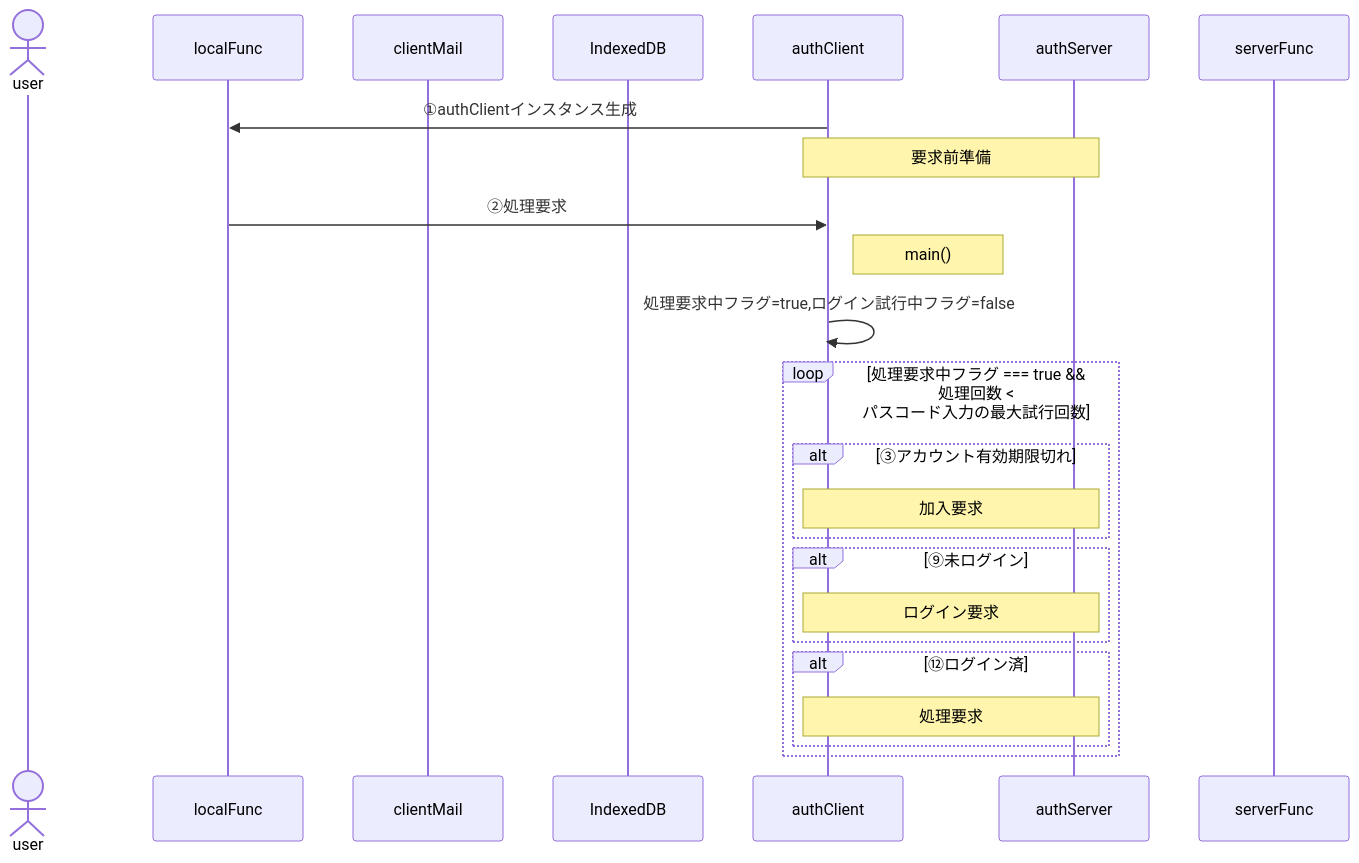
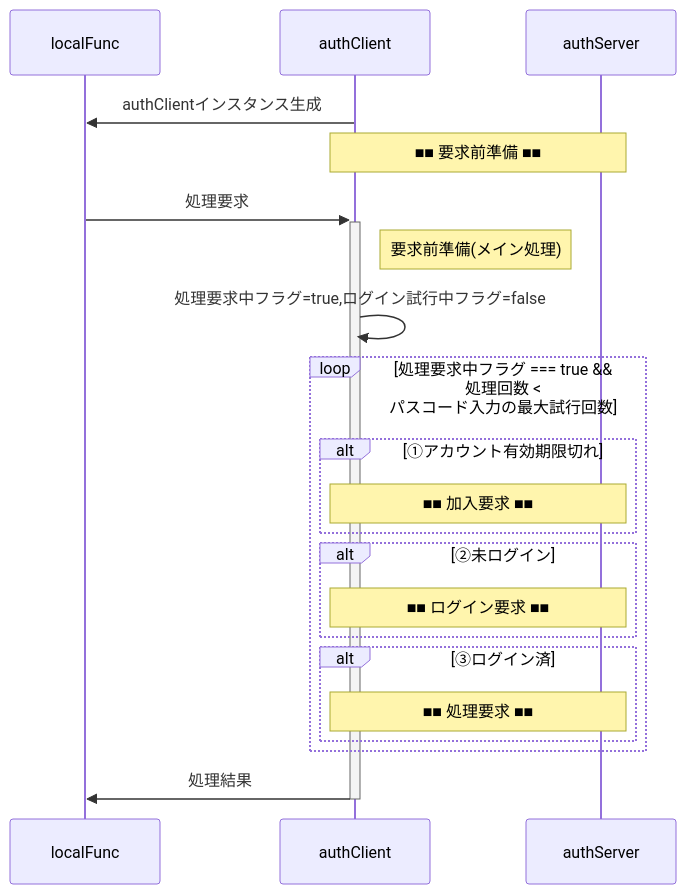
The first of 4 diagrams in underDev/Auth/question.md (nakaone/library), drawn with Mermaid before and after one commit. The commit also changed other lines of this file and 16 other files, not shown here.

````diff
--- a/underDev/Auth/question.md
+++ b/underDev/Auth/question.md
@@ -62,35 +65,36 @@
 ```mermaid
 sequenceDiagram
-  actor user
+  %%actor user
   participant localFunc
-  participant clientMail
+  %%participant clientMail
   %%participant encryptRequest
-  participant IndexedDB
+  %%participant IndexedDB
   participant authClient
   participant authServer
   %%participant memberList
   %%participant decryptRequest
-  participant serverFunc
+  %%participant serverFunc
   %%actor admin
 
-  authClient->>localFunc: ①authClientインスタンス生成
-  Note over authClient,authServer: 要求前準備
-  localFunc->>authClient: ②処理要求
-  Note right of authClient: main()
+  authClient->>localFunc: authClientインスタンス生成
+  Note over authClient,authServer: ■■ 要求前準備 ■■
+  localFunc->>+authClient: 処理要求
+  Note right of authClient: 要求前準備(メイン処理)
 
   authClient->>authClient: 処理要求中フラグ=true,ログイン試行中フラグ=false
   loop 処理要求中フラグ === true && 処理回数 < パスコード入力の最大試行回数
 
-    alt ③アカウント有効期限切れ
-      Note over authClient,authServer: 加入要求
+    alt ①アカウント有効期限切れ
+      Note over authClient,authServer: ■■ 加入要求 ■■
     end
 
-    alt ⑨未ログイン
-      Note over authClient,authServer: ログイン要求
+    alt ②未ログイン
+      Note over authClient,authServer: ■■ ログイン要求 ■■
     end
 
-    alt ⑫ログイン済
-      Note over authClient,authServer: 処理要求
+    alt ③ログイン済
+      Note over authClient,authServer: ■■ 処理要求 ■■
     end
   end
+  authClient->>-localFunc: 処理結果
 ```
````
